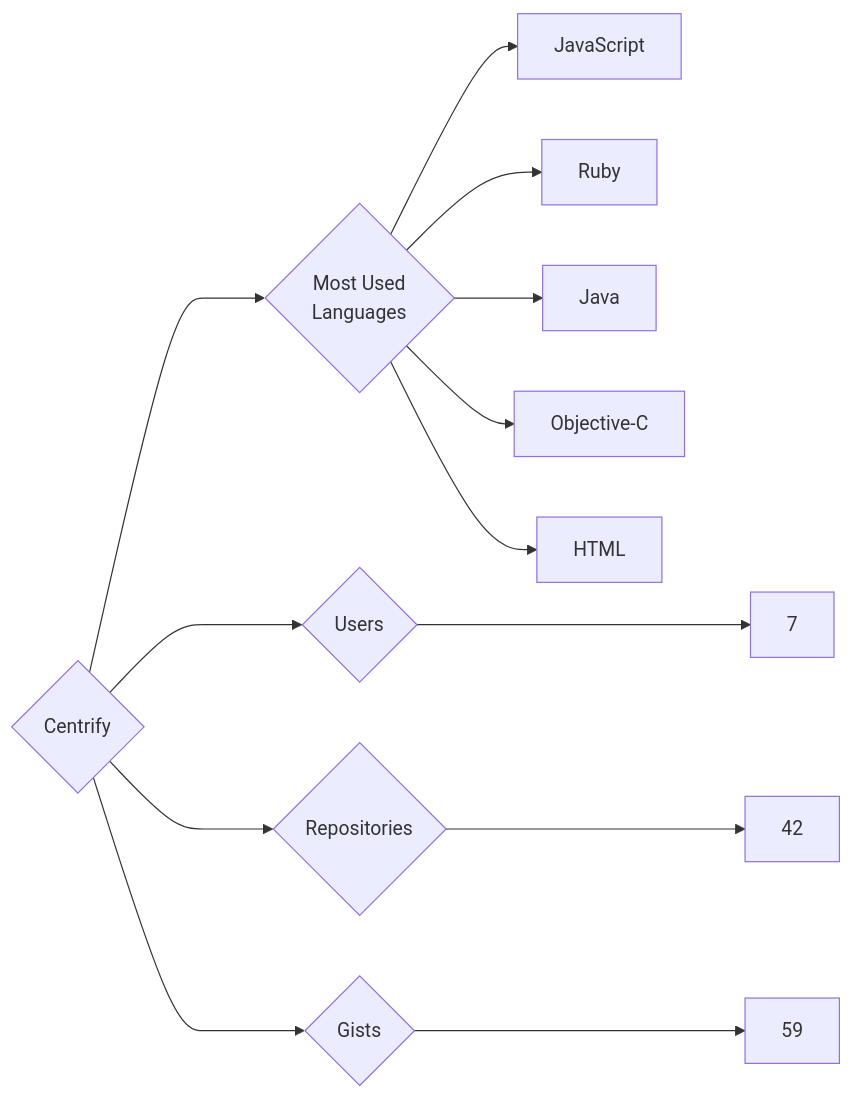
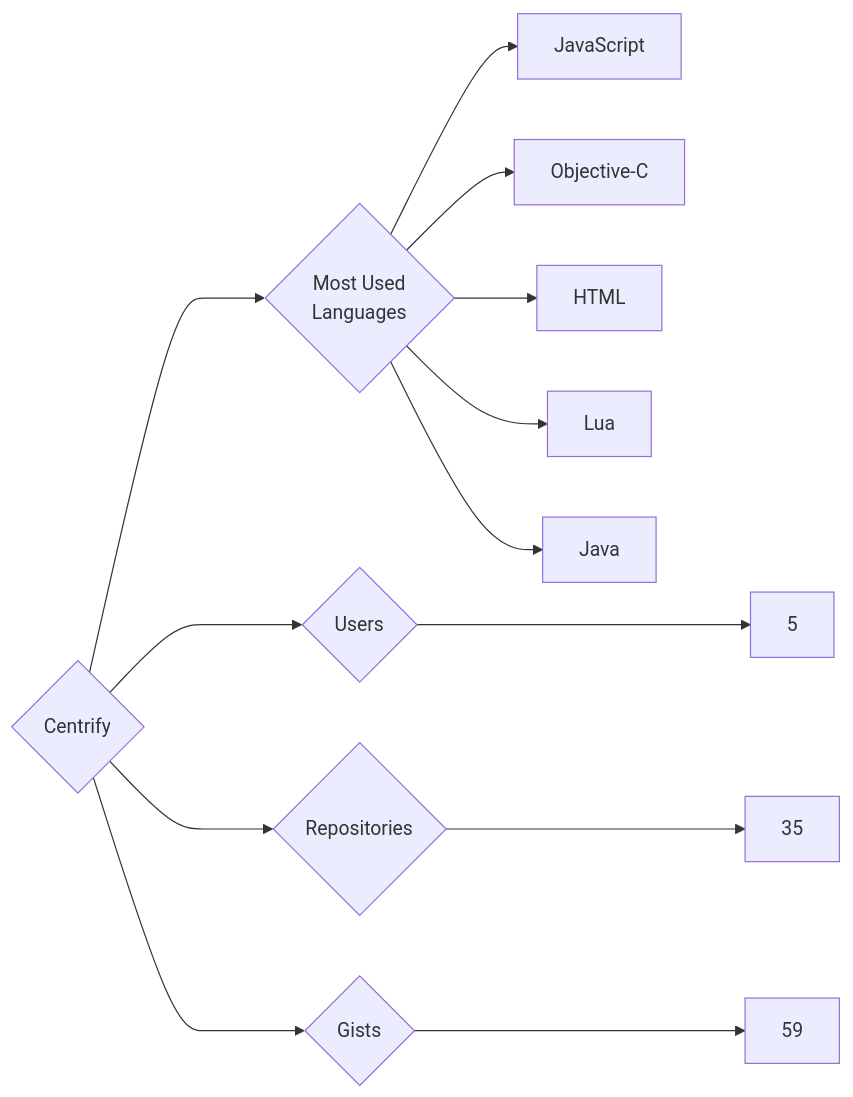
One commit to trickest/insiders changed the diagram in targets/Centrify/README.md. Above: the diagram before and after it, drawn with Mermaid. The commit also changed 1149 other files, not shown here.

````diff
--- a/targets/Centrify/README.md
+++ b/targets/Centrify/README.md
@@ -3,13 +3,13 @@
 ```mermaid
 graph LR
 COMPANY_NAME{Centrify}
-COMPANY_NAME ---> U{Users} ---> UN[7]
-COMPANY_NAME ---> R{Repositories} ---> RN[42]
+COMPANY_NAME ---> U{Users} ---> UN[5]
+COMPANY_NAME ---> R{Repositories} ---> RN[35]
 COMPANY_NAME ---> G{Gists} ---> GN[59]
 COMPANY_NAME ---> ML{Most Used<br>Languages}
 ML --> JavaScript[JavaScript]
-ML --> Ruby[Ruby]
-ML --> Java[Java]
 ML --> Objective-C[Objective-C]
 ML --> HTML[HTML]
+ML --> Lua[Lua]
+ML --> Java[Java]
 ```
````
